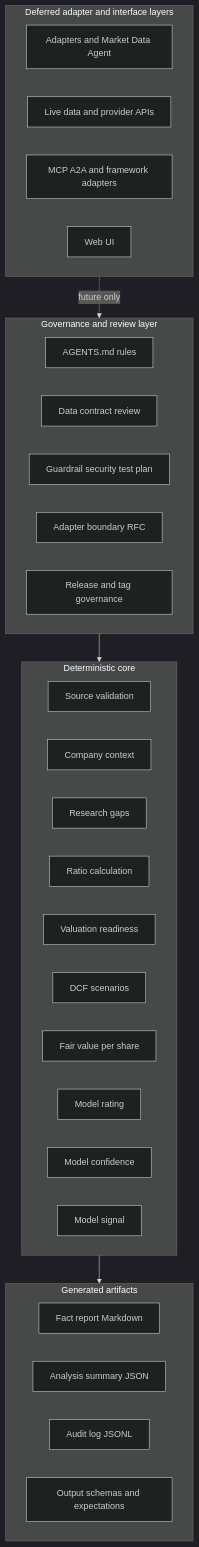
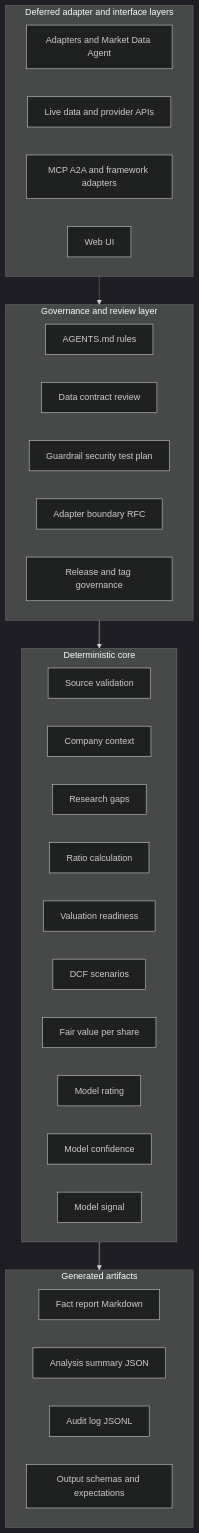
The first of 3 diagrams in docs/ARCHITECTURE_VISUAL_OVERVIEW.md (akkbkk10/Aktienanalyse-Agent), drawn with Mermaid (dark theme) before and after one commit. The commit also changed other lines of this file, not shown here.

Commit message:
Use GitHub-safe Mermaid dotted edges (#128)

````diff
--- a/docs/ARCHITECTURE_VISUAL_OVERVIEW.md
+++ b/docs/ARCHITECTURE_VISUAL_OVERVIEW.md
@@ -14,41 +14,41 @@
 ```mermaid
 flowchart TB
     subgraph Deferred["Deferred adapter and interface layers"]
         Adapters["Adapters and Market Data Agent"]
         LiveData["Live data and provider APIs"]
         MCPA2A["MCP A2A and framework adapters"]
         WebUI["Web UI"]
     end
 
     subgraph Governance["Governance and review layer"]
         AgentRules["AGENTS.md rules"]
         DataChecklist["Data contract review"]
         Guardrails["Guardrail security test plan"]
         AdapterRFC["Adapter boundary RFC"]
         ReleaseGov["Release and tag governance"]
     end
 
     subgraph Core["Deterministic core"]
         Validation["Source validation"]
         Context["Company context"]
         Gaps["Research gaps"]
         Ratios["Ratio calculation"]
         Readiness["Valuation readiness"]
         DCF["DCF scenarios"]
         FairValue["Fair value per share"]
         Rating["Model rating"]
         Confidence["Model confidence"]
         Signal["Model signal"]
     end
 
     subgraph Artifacts["Generated artifacts"]
         FactReport["Fact report Markdown"]
         Summary["Analysis summary JSON"]
         Audit["Audit log JSONL"]
         Contracts["Output schemas and expectations"]
     end
 
-    Deferred -. "future only" .-> Governance
+    Deferred -.-> Governance
     Governance --> Core
     Core --> Artifacts
 ```
````
